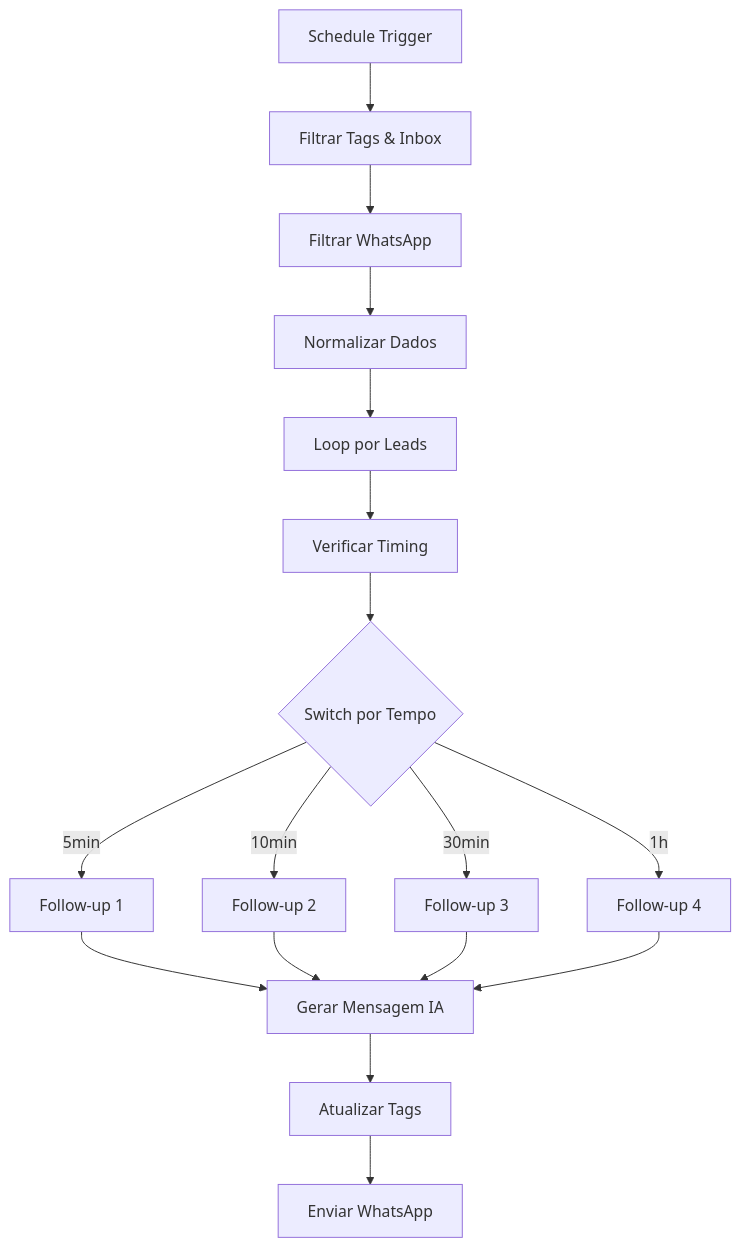
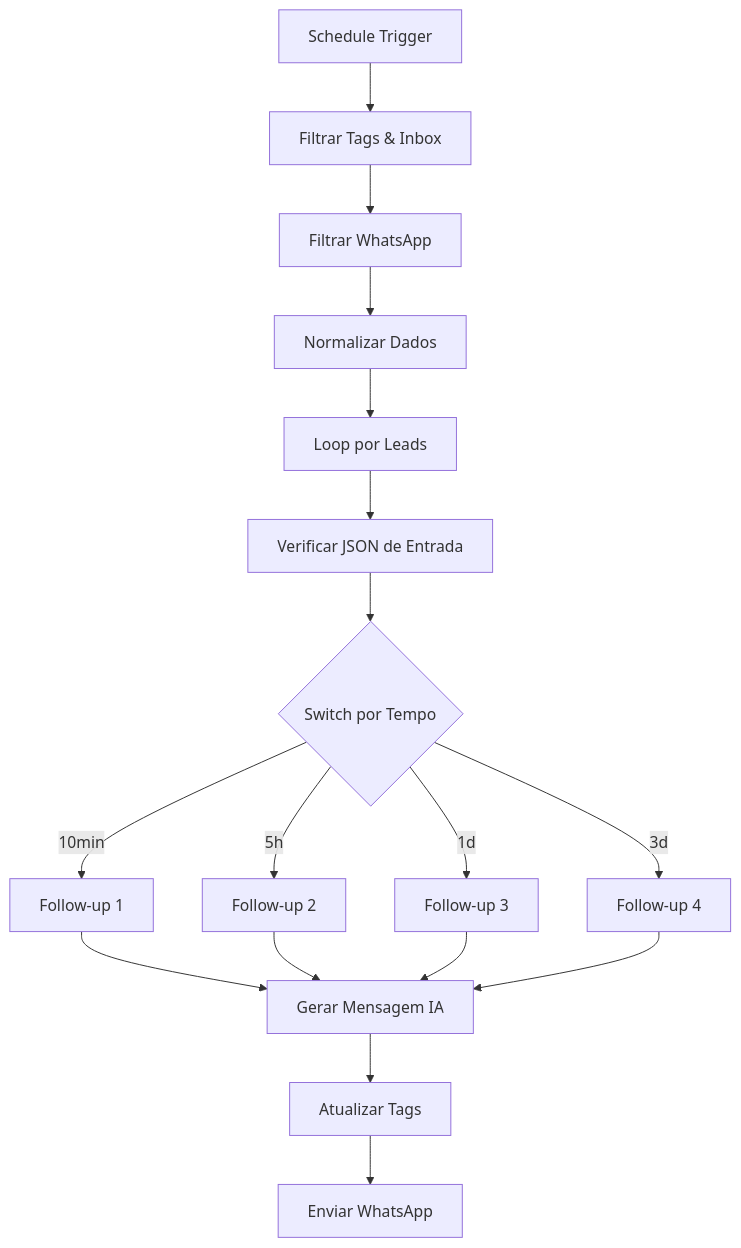
The diagram in README.md (ViniAdss/chatwoot-n8n-followup-automation), drawn with Mermaid before and after one commit. The commit also changed other lines of this file, not shown here.

````diff
--- a/README.md
+++ b/README.md
@@ -171,19 +176,19 @@
 ```mermaid
 graph TD
     A[Schedule Trigger] --> B[Filtrar Tags & Inbox]
     B --> C[Filtrar WhatsApp]
     C --> D[Normalizar Dados]
     D --> E[Loop por Leads]
-    E --> F[Verificar Timing]
+    E --> F[Verificar JSON de Entrada]
     F --> G{Switch por Tempo}
-    G -->|5min| H[Follow-up 1]
-    G -->|10min| I[Follow-up 2] 
-    G -->|30min| J[Follow-up 3]
-    G -->|1h| K[Follow-up 4]
+    G -->|10min| H[Follow-up 1]
+    G -->|5h| I[Follow-up 2] 
+    G -->|1d| J[Follow-up 3]
+    G -->|3d| K[Follow-up 4]
     H --> L[Gerar Mensagem IA]
     I --> L
     J --> L  
     K --> L
     L --> M[Atualizar Tags]
     M --> N[Enviar WhatsApp]
 ```
````
